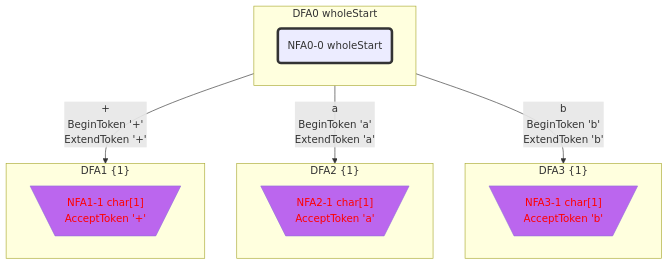
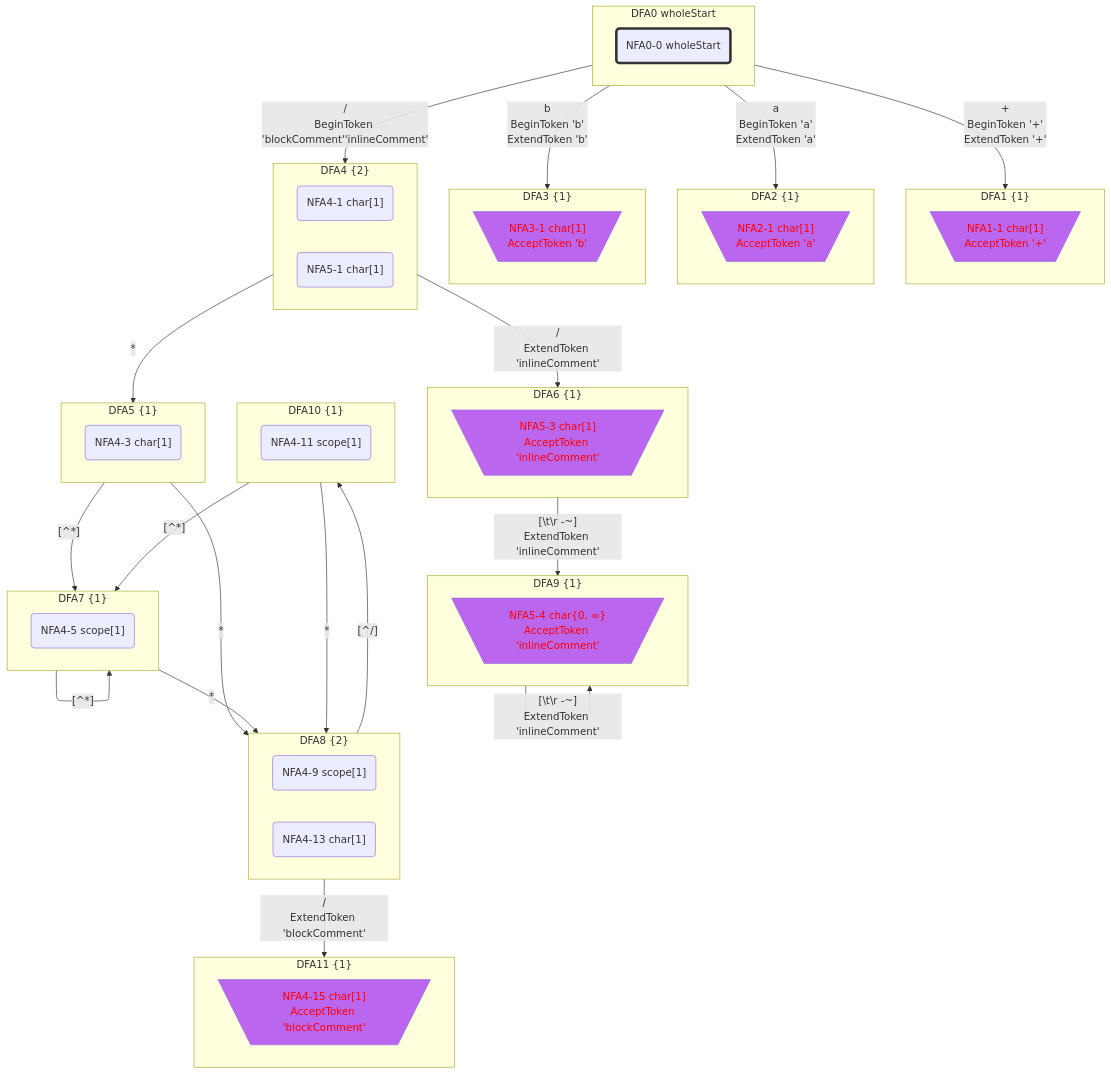
One commit to bitzhuwei/GrammarMentor changed the fourth of 7 diagrams in Practices/Practice.GeneratedXxxFormat.Test/GeneratedABB/doc/LexicalStates.gen.md. Above: the diagram before and after it, drawn with Mermaid. The commit also changed other lines of this file and 3868 other files, not shown here.

````diff
--- a/Practices/Practice.GeneratedXxxFormat.Test/GeneratedABB/doc/LexicalStates.gen.md
+++ b/Practices/Practice.GeneratedXxxFormat.Test/GeneratedABB/doc/LexicalStates.gen.md
@@ -315,36 +620,89 @@
 classDef c1101 stroke:#333,stroke-width:4px,fill:#BB66EE,color:#FF0000;
 classDef c1110 stroke:#333,stroke-width:4px,fill:#BB66EE,stroke-dasharray: 10 10;
 classDef c1111 stroke:#333,stroke-width:4px,fill:#BB66EE,stroke-dasharray: 10 10,color:#FF0000;
-subgraph DFA0_1303046169["DFA0 wholeStart"]
-NFA0_0_63388340_0("NFA0-0 wholeStart")
-class NFA0_0_63388340_0 c1000;
+subgraph DFA0_-145138233["DFA0 wholeStart"]
+NFA0_0_46964992_0("NFA0-0 wholeStart")
+class NFA0_0_46964992_0 c1000;
 end
-class DFA0_1303046169 c1000;
-subgraph DFA1_642929875["DFA1 {1}"]
-NFA1_1_44325851_1[\"NFA1-1 char[1]
+class DFA0_-145138233 c1000;
+subgraph DFA1_858262531["DFA1 {1}"]
+NFA1_1_12674872_1[\"NFA1-1 char[1]
 AcceptToken '+'"/]
-class NFA1_1_44325851_1 c0101;
+class NFA1_1_12674872_1 c0101;
 end
-class DFA1_642929875 c0101;
-subgraph DFA2_1083584447["DFA2 {1}"]
-NFA2_1_33624151_2[\"NFA2-1 char[1]
+class DFA1_858262531 c0101;
+subgraph DFA2_-1456802818["DFA2 {1}"]
+NFA2_1_20031746_2[\"NFA2-1 char[1]
 AcceptToken 'a'"/]
-class NFA2_1_33624151_2 c0101;
+class NFA2_1_20031746_2 c0101;
 end
-class DFA2_1083584447 c0101;
-subgraph DFA3_924445311["DFA3 {1}"]
-NFA3_1_34181910_3[\"NFA3-1 char[1]
+class DFA2_-1456802818 c0101;
+subgraph DFA3_-1846132672["DFA3 {1}"]
+NFA3_1_46067993_3[\"NFA3-1 char[1]
 AcceptToken 'b'"/]
-class NFA3_1_34181910_3 c0101;
+class NFA3_1_46067993_3 c0101;
 end
-class DFA3_924445311 c0101;
-DFA0_1303046169 -->|"+
+class DFA3_-1846132672 c0101;
+subgraph DFA4_1647248238["DFA4 {2}"]
+NFA4_1_11958757_4("NFA4-1 char[1]")
+NFA5_1_40519951_5("NFA5-1 char[1]")
+end
+subgraph DFA5_-1056910773["DFA5 {1}"]
+NFA4_3_60890569_6("NFA4-3 char[1]")
+end
+subgraph DFA6_1888404948["DFA6 {1}"]
+NFA5_3_29135240_7[\"NFA5-3 char[1]
+AcceptToken 'inlineComment'"/]
+class NFA5_3_29135240_7 c0101;
+end
+class DFA6_1888404948 c0101;
+subgraph DFA7_-1533072777["DFA7 {1}"]
+NFA4_5_33189039_8("NFA4-5 scope[1]")
+end
+subgraph DFA8_608653625["DFA8 {2}"]
+NFA4_9_11144211_9("NFA4-9 scope[1]")
+NFA4_13_30265903_10("NFA4-13 char[1]")
+end
+subgraph DFA9_-1539186643["DFA9 {1}"]
+NFA5_4_3957675_11[\"NFA5-4 char{0, ∞}
+AcceptToken 'inlineComment'"/]
+class NFA5_4_3957675_11 c0101;
+end
+class DFA9_-1539186643 c0101;
+subgraph DFA10_249229384["DFA10 {1}"]
+NFA4_11_52136226_12("NFA4-11 scope[1]")
+end
+subgraph DFA11_-1148494017["DFA11 {1}"]
+NFA4_15_35619075_13[\"NFA4-15 char[1]
+AcceptToken 'blockComment'"/]
+class NFA4_15_35619075_13 c0101;
+end
+class DFA11_-1148494017 c0101;
+DFA0_-145138233 -->|"+
 BeginToken '+'
-ExtendToken '+'"|DFA1_642929875
-DFA0_1303046169 -->|"a
+ExtendToken '+'"|DFA1_858262531
+DFA0_-145138233 -->|"a
 BeginToken 'a'
-ExtendToken 'a'"|DFA2_1083584447
-DFA0_1303046169 -->|"b
+ExtendToken 'a'"|DFA2_-1456802818
+DFA0_-145138233 -->|"b
 BeginToken 'b'
-ExtendToken 'b'"|DFA3_924445311
+ExtendToken 'b'"|DFA3_-1846132672
+DFA0_-145138233 -->|"/
+BeginToken 'blockComment''inlineComment'"|DFA4_1647248238
+DFA4_1647248238 -->|"*"|DFA5_-1056910773
+DFA4_1647248238 -->|"/
+ExtendToken 'inlineComment'"|DFA6_1888404948
+DFA5_-1056910773 -->|"[^*]"|DFA7_-1533072777
+DFA5_-1056910773 -->|"*"|DFA8_608653625
+DFA6_1888404948 -->|"[#92;t#92;r#32;-~]
+ExtendToken 'inlineComment'"|DFA9_-1539186643
+DFA7_-1533072777 -->|"[^*]"|DFA7_-1533072777
+DFA7_-1533072777 -->|"*"|DFA8_608653625
+DFA8_608653625 -->|"[^/]"|DFA10_249229384
+DFA8_608653625 -->|"/
+ExtendToken 'blockComment'"|DFA11_-1148494017
+DFA9_-1539186643 -->|"[#92;t#92;r#32;-~]
+ExtendToken 'inlineComment'"|DFA9_-1539186643
+DFA10_249229384 -->|"[^*]"|DFA7_-1533072777
+DFA10_249229384 -->|"*"|DFA8_608653625
 ```
````
